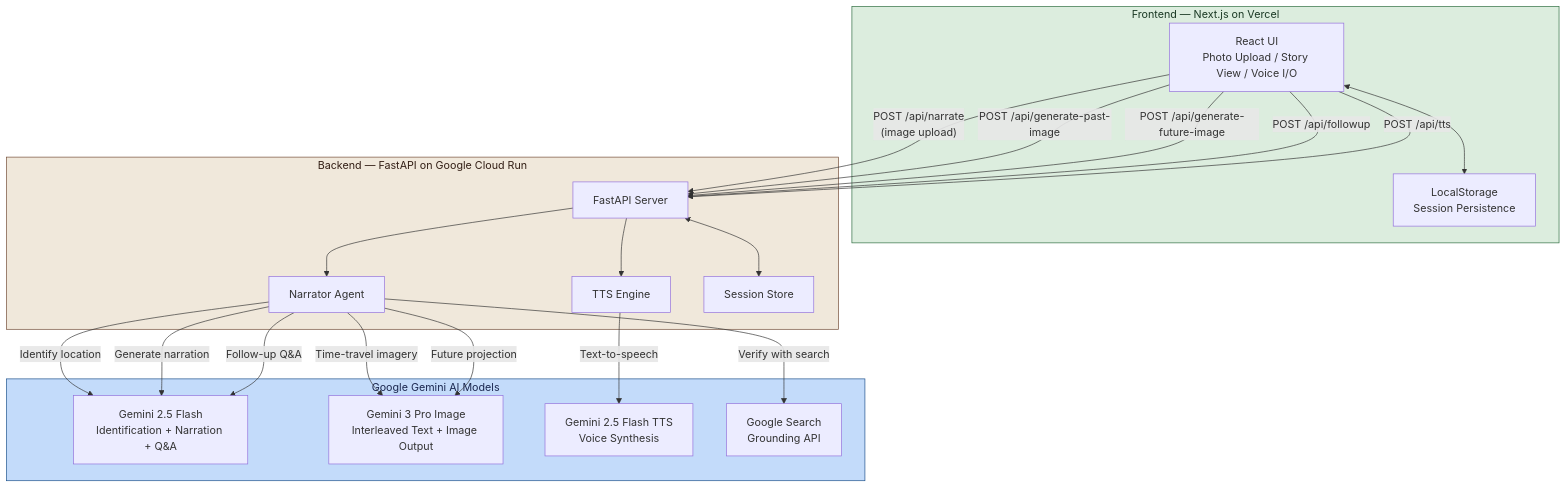
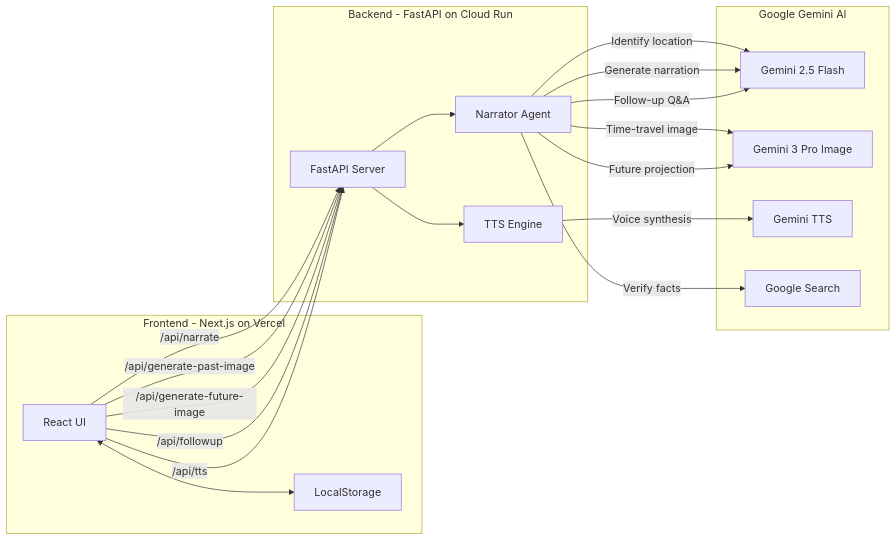
One commit to KrishnaSathvik/hackathongoogle changed the first of 2 diagrams in README.md. Above: the diagram before and after it, drawn with Mermaid.

Commit message:
Fix mermaid diagram visibility - simplify labels and use LR layout

````diff
--- a/README.md
+++ b/README.md
@@ -28,44 +28,38 @@
 ```mermaid
-graph TB
-    subgraph Frontend["Frontend — Next.js on Vercel"]
-        UI[React UI<br/>Photo Upload / Story View / Voice I/O]
-        LS[LocalStorage<br/>Session Persistence]
+graph LR
+    subgraph Frontend[Frontend - Next.js on Vercel]
+        UI[React UI]
+        LS[LocalStorage]
     end
 
-    subgraph Backend["Backend — FastAPI on Google Cloud Run"]
+    subgraph Backend[Backend - FastAPI on Cloud Run]
         API[FastAPI Server]
         NAR[Narrator Agent]
         TTS[TTS Engine]
-        SES[Session Store]
     end
 
-    subgraph Gemini["Google Gemini AI Models"]
-        FLASH[Gemini 2.5 Flash<br/>Identification + Narration + Q&A]
-        IMG[Gemini 3 Pro Image<br/>Interleaved Text + Image Output]
-        VOICE[Gemini 2.5 Flash TTS<br/>Voice Synthesis]
-        SEARCH[Google Search<br/>Grounding API]
+    subgraph Gemini[Google Gemini AI]
+        FLASH[Gemini 2.5 Flash]
+        IMG[Gemini 3 Pro Image]
+        VOICE[Gemini TTS]
+        SEARCH[Google Search]
     end
 
-    UI -->|"POST /api/narrate<br/>(image upload)"| API
-    UI -->|"POST /api/generate-past-image"| API
-    UI -->|"POST /api/generate-future-image"| API
-    UI -->|"POST /api/followup"| API
-    UI -->|"POST /api/tts"| API
+    UI -- /api/narrate --> API
+    UI -- /api/generate-past-image --> API
+    UI -- /api/generate-future-image --> API
+    UI -- /api/followup --> API
+    UI -- /api/tts --> API
     UI <--> LS
 
     API --> NAR
     API --> TTS
-    API <--> SES
 
-    NAR -->|"Identify location"| FLASH
-    NAR -->|"Verify with search"| SEARCH
-    NAR -->|"Generate narration"| FLASH
-    NAR -->|"Time-travel imagery"| IMG
-    NAR -->|"Future projection"| IMG
-    NAR -->|"Follow-up Q&A"| FLASH
-    TTS -->|"Text-to-speech"| VOICE
-
-    style Frontend fill:#dcedde,stroke:#2c6b3e,color:#1a3924
-    style Backend fill:#f0e8db,stroke:#714a34,color:#331f16
-    style Gemini fill:#c3dbfa,stroke:#1b4f8a,color:#1b274f
+    NAR -- Identify location --> FLASH
+    NAR -- Verify facts --> SEARCH
+    NAR -- Generate narration --> FLASH
+    NAR -- Time-travel image --> IMG
+    NAR -- Future projection --> IMG
+    NAR -- Follow-up Q&A --> FLASH
+    TTS -- Voice synthesis --> VOICE
 ```
````
